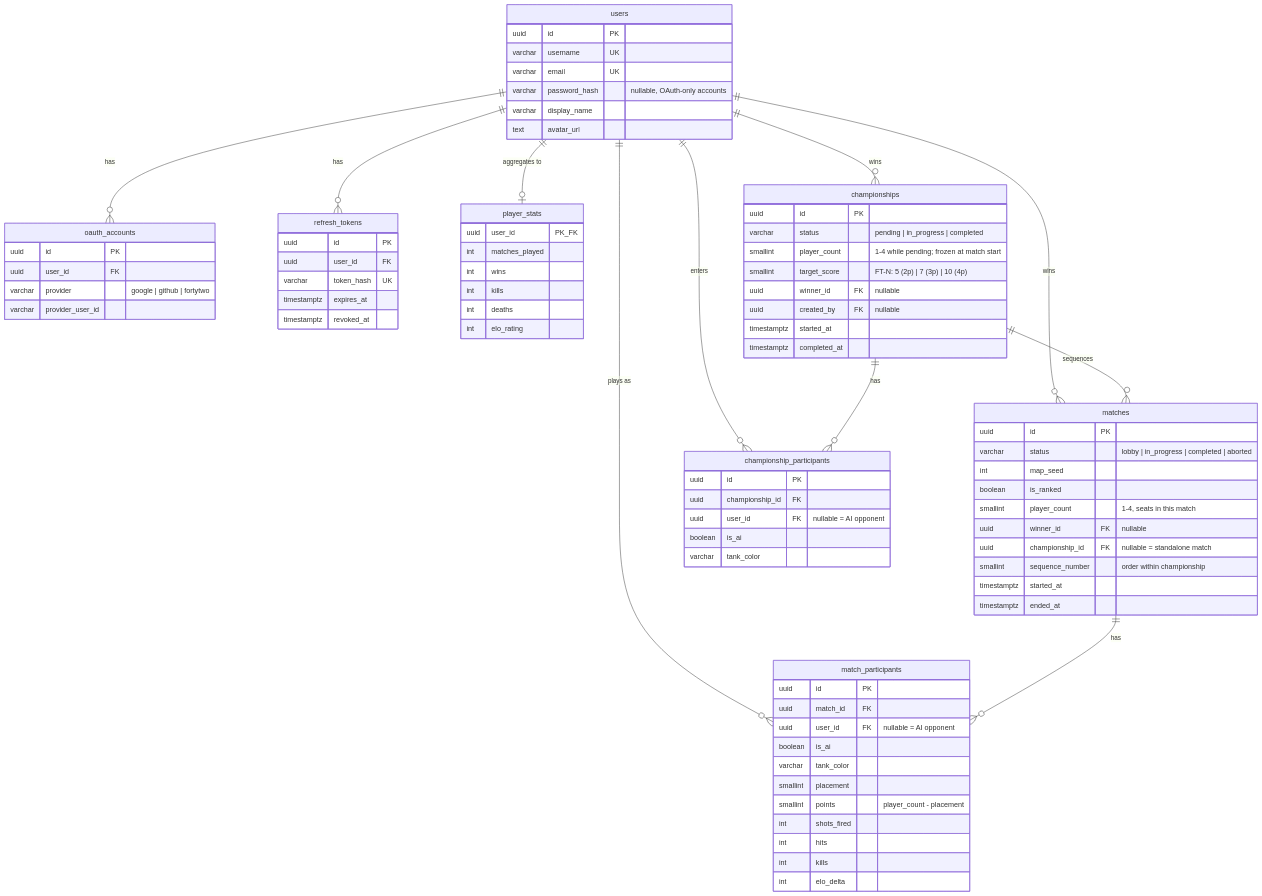
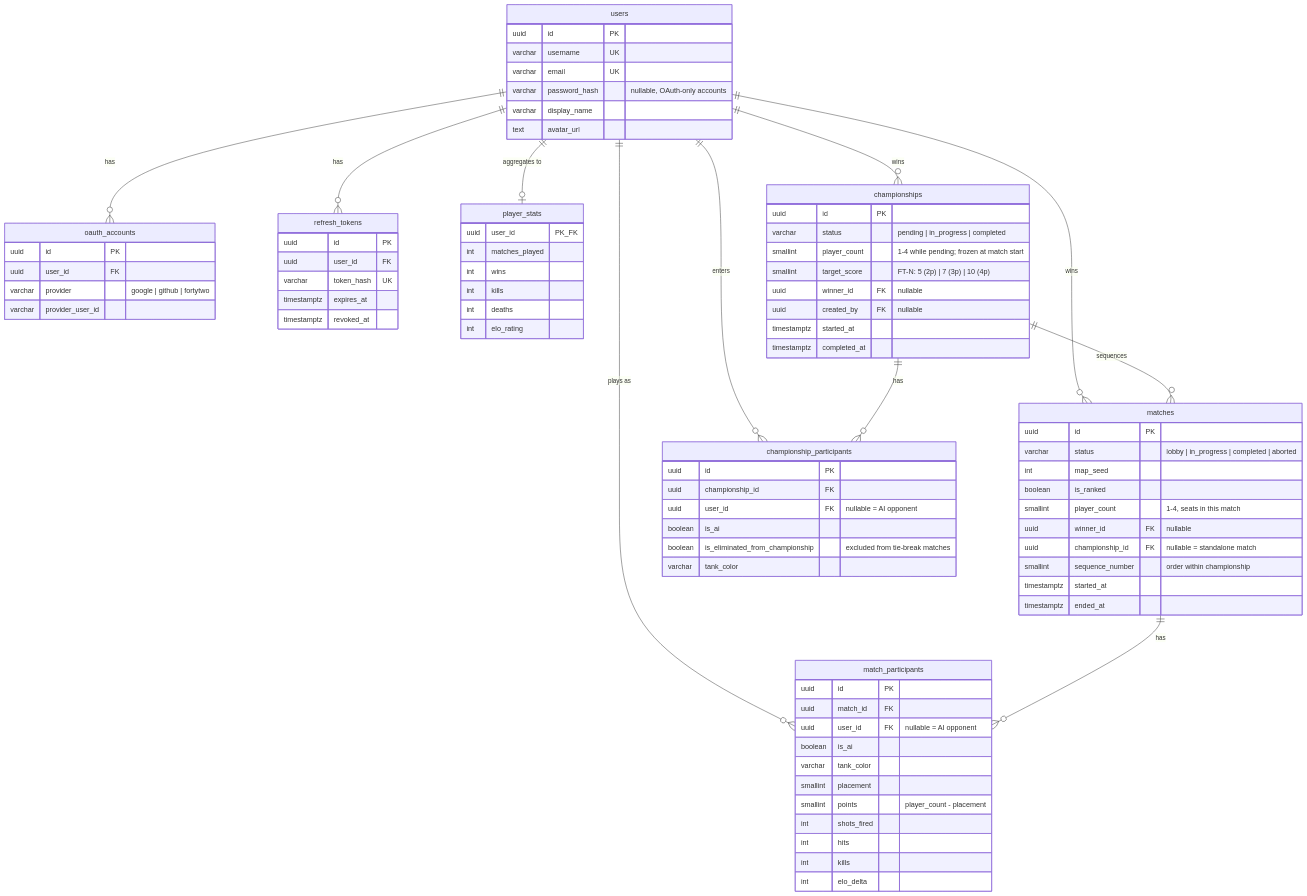
One commit to hebaja/tank_it changed the diagram in docs/database-schema.md. Above: the diagram before and after it, drawn with Mermaid. The commit also changed 15 other files, not shown here.

First line of the commit message:
feat(back+front): tie-break eliminates non-leaders from championship

```diff
--- a/docs/database-schema.md
+++ b/docs/database-schema.md
@@ -65,6 +65,7 @@
         uuid championship_id FK
         uuid user_id FK "nullable = AI opponent"
         boolean is_ai
+        boolean is_eliminated_from_championship "excluded from tie-break matches"
         varchar tank_color
     }
     matches {
```
